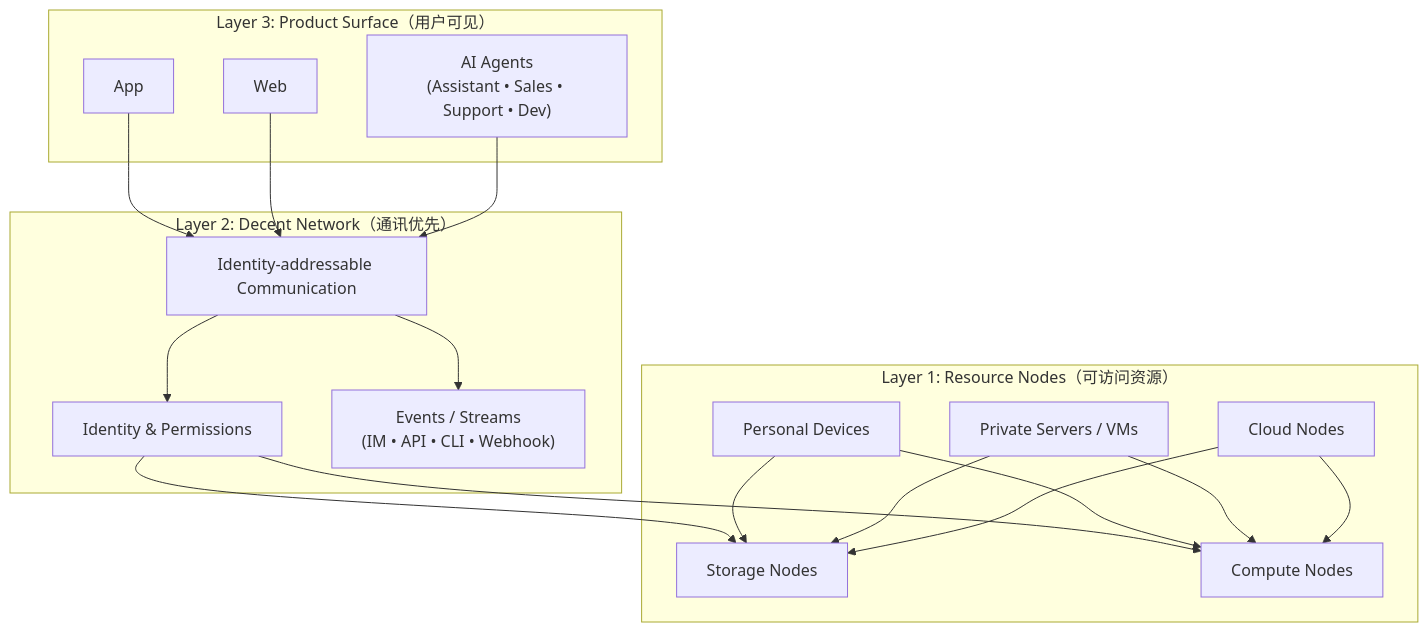
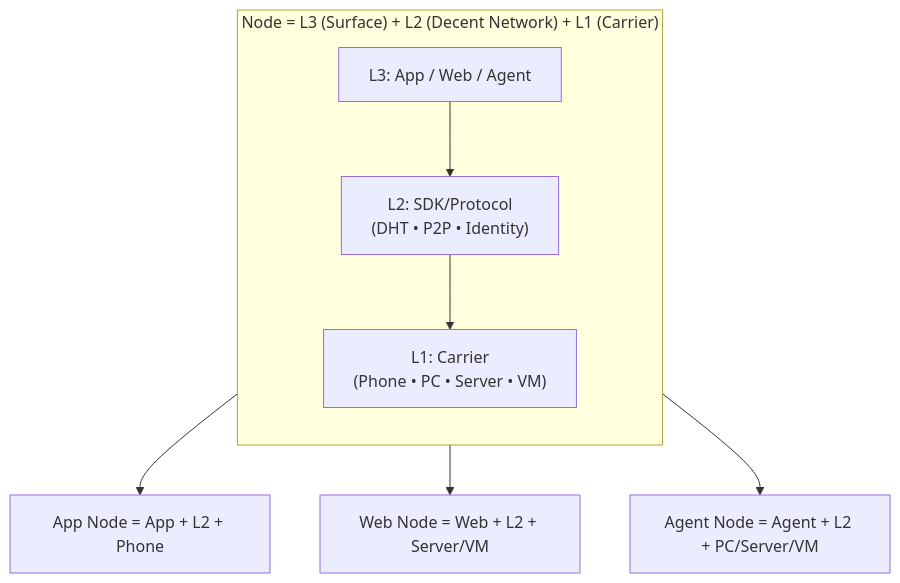
The third of 4 diagrams in whitepaper.zh.md (0xli/0xli), drawn with Mermaid before and after one commit. The commit also changed other lines of this file, not shown here.

Commit message:
Update Mermaid architecture diagram and descriptions

````diff
--- a/whitepaper.zh.md
+++ b/whitepaper.zh.md
@@ -114,40 +106,18 @@
 ```mermaid
 flowchart TB
-  %% Note: GitHub Mermaid is strict—avoid \n in node text; use <br/> and quotes.
-  subgraph L3["Layer 3: Product Surface（用户可见）"]
-    APP["App"]
-    WEB["Web"]
-    AGENT["AI Agents<br/>(Assistant • Sales • Support • Dev)"]
+  subgraph NODE["Node = L3 (Surface) + L2 (Decent Network) + L1 (Carrier)"]
+    direction TB
+    L3["L3: App / Web / Agent"]
+    L2["L2: SDK/Protocol<br/>(DHT • P2P • Identity)"]
+    L1["L1: Carrier<br/>(Phone • PC • Server • VM)"]
+    L3 --> L2 --> L1
   end
 
-  subgraph L2["Layer 2: Decent Network（通讯优先）"]
-    COMM["Identity-addressable Communication"]
-    ID["Identity & Permissions"]
-    STREAM["Events / Streams<br/>(IM • API • CLI • Webhook)"]
-  end
+  MAP1["App Node = App + L2 + Phone"]
+  MAP2["Web Node = Web + L2 + Server/VM"]
+  MAP3["Agent Node = Agent + L2 + PC/Server/VM"]
 
-  subgraph L1["Layer 1: Resource Nodes（可访问资源）"]
-    DEV["Personal Devices"]
-    PRIV["Private Servers / VMs"]
-    CLOUD["Cloud Nodes"]
-    STORE["Storage Nodes"]
-    COMP["Compute Nodes"]
-  end
-
-  APP --> COMM
-  WEB --> COMM
-  AGENT --> COMM
-
-  COMM --> ID
-  COMM --> STREAM
-
-  ID --> STORE
-  ID --> COMP
-
-  DEV --> STORE
-  PRIV --> STORE
-  CLOUD --> STORE
-  DEV --> COMP
-  PRIV --> COMP
-  CLOUD --> COMP
+  NODE --> MAP1
+  NODE --> MAP2
+  NODE --> MAP3
 ```
````
